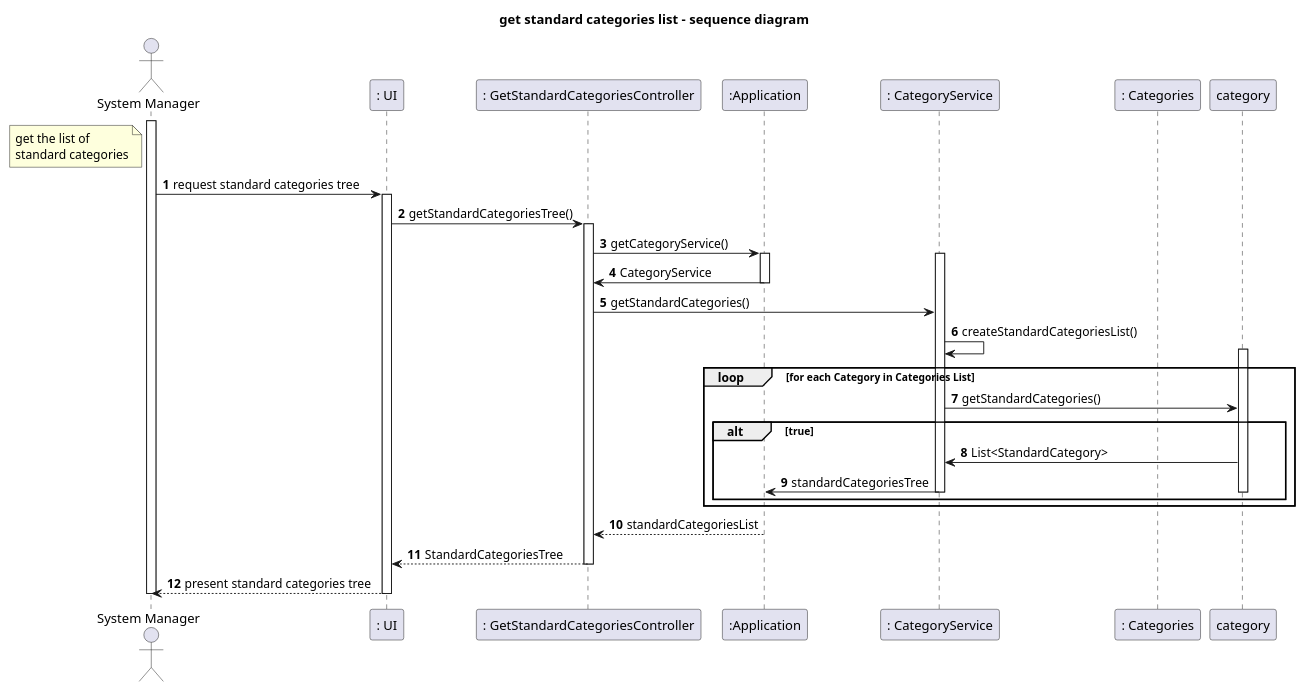
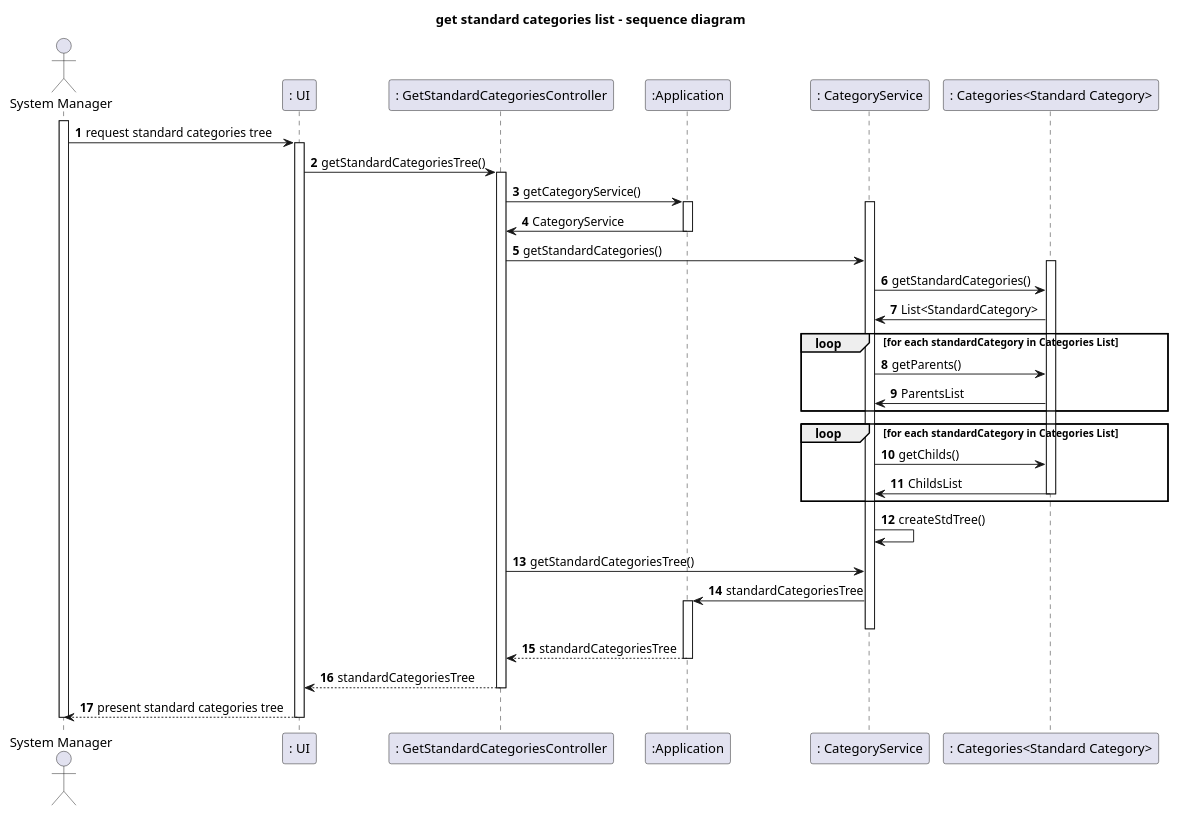
Before and after one commit to tomas-osswald/switch_2020_g3: the second of 3 diagrams in docs/sprint1/user_stories/US002_GetStandardCategories.md, drawn with PlantUML. The commit also changed other lines of this file and 5 other files, not shown here.

Commit message:
update Category Service, StandardCategoryDTO, controller and US doc (diagrams)

`````diff
--- a/docs/sprint1/user_stories/US002_GetStandardCategories.md
+++ b/docs/sprint1/user_stories/US002_GetStandardCategories.md
@@ -51,42 +51,48 @@
 ````puml
 autonumber
 title get standard categories list - sequence diagram
 actor "System Manager" as systemManager
 participant ": UI" as ui
 participant ": GetStandardCategoriesController" as controller
 participant ":Application" as app
 participant ": CategoryService" as service
-participant ": Categories" as list
-note left of systemManager:  get the list of \nstandard categories
+participant ": Categories<Standard Category>" as list
+
 activate systemManager
 systemManager -> ui : request standard categories tree
 activate ui
 ui -> controller : getStandardCategoriesTree()
 activate controller
 controller -> app : getCategoryService()
 activate app
 activate service
 app -> controller : CategoryService
 deactivate app
 controller -> service : getStandardCategories()
-service -> service : createStandardCategoriesList()
-activate category
-loop for each Category in Categories List
-service -> category : getStandardCategories()
-alt true
-category -> service : List<StandardCategory>
+activate list
+service -> list : getStandardCategories()
+
+list-> service : List<StandardCategory>
+loop for each standardCategory in Categories List
+service-> list : getParents()
+list -> service : ParentsList
+end
+loop for each standardCategory in Categories List
+service -> list : getChilds()
+list -> service : ChildsList
+deactivate list
+end
+service -> service : createStdTree()
+controller -> service : getStandardCategoriesTree()
 service -> app : standardCategoriesTree
+activate app
 deactivate service
-deactivate category
-end
-end
-
-app --> controller : standardCategoriesList
+app --> controller : standardCategoriesTree
 deactivate app
-controller --> ui :StandardCategoriesTree
+controller --> ui :standardCategoriesTree
 deactivate controller
 ui --> systemManager : present standard categories tree
 deactivate ui
 deactivate systemManager
 @enduml
 ````
`````
